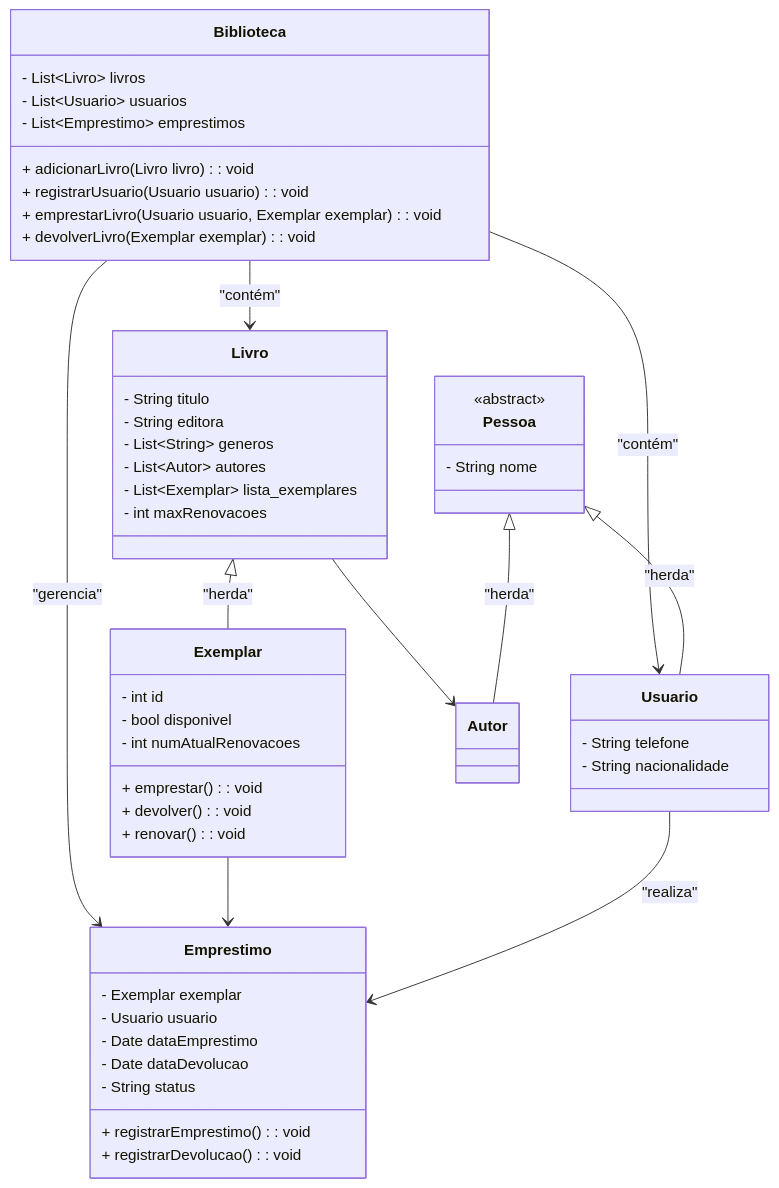
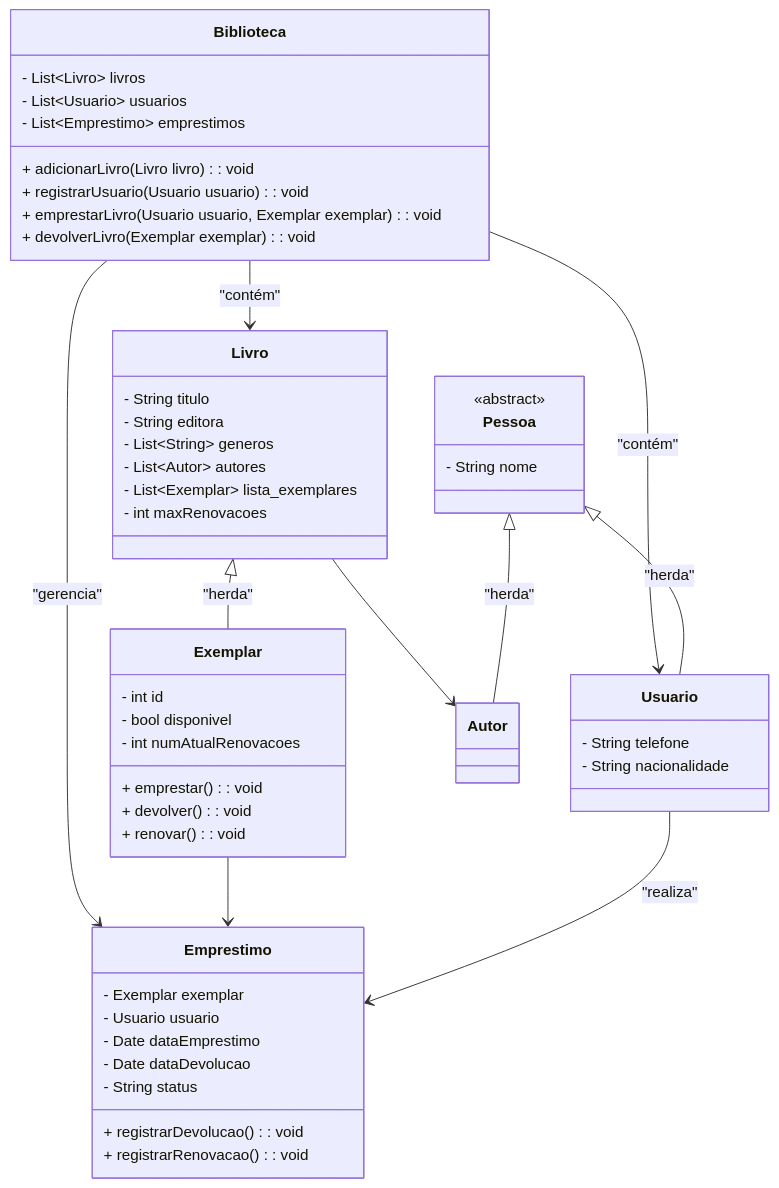
The diagram in README.MD (Squad-eniac/poo_SquadENIAC), drawn with Mermaid before and after one commit.

Commit message:
docs: update diagram class Emprestimo

````diff
--- a/README.MD
+++ b/README.MD
@@ -34,66 +34,66 @@
 ```mermaid
 
 classDiagram
     class Biblioteca {
         - List~Livro~ livros
         - List~Usuario~ usuarios
         - List~Emprestimo~ emprestimos
         + adicionarLivro(Livro livro): void
         + registrarUsuario(Usuario usuario): void
         + emprestarLivro(Usuario usuario, Exemplar exemplar): void
         + devolverLivro(Exemplar exemplar): void
     }
 
     class Livro {
         - String titulo
         - String editora
         - List~String~ generos
         - List~Autor~ autores
         - List~Exemplar~ lista_exemplares
         - int maxRenovacoes
     }
 
     class Exemplar {
         - int id
         - bool disponivel
         - int numAtualRenovacoes
         + emprestar(): void
         + devolver(): void
         + renovar(): void
     }
 
     class Pessoa {
         <<abstract>>
         - String nome
     }
 
     class Usuario {
         - String telefone
         - String nacionalidade
     }
 
     class Autor {
         
     }
 
     class Emprestimo {
         - Exemplar exemplar
         - Usuario usuario
         - Date dataEmprestimo
         - Date dataDevolucao
         - String status
-        + registrarEmprestimo(): void
         + registrarDevolucao(): void
+        + registrarRenovacao(): void
     }
 
     Biblioteca --> Livro : "contém"
     Biblioteca --> Usuario : "contém"
     Biblioteca --> Emprestimo : "gerencia"
     Livro <|-- Exemplar : "herda"
     Exemplar --> Emprestimo 
     Usuario --> Emprestimo : "realiza"
     Livro --> Autor 
     Pessoa <|-- Usuario : "herda"
     Pessoa <|-- Autor : "herda"
 
 ```
````
